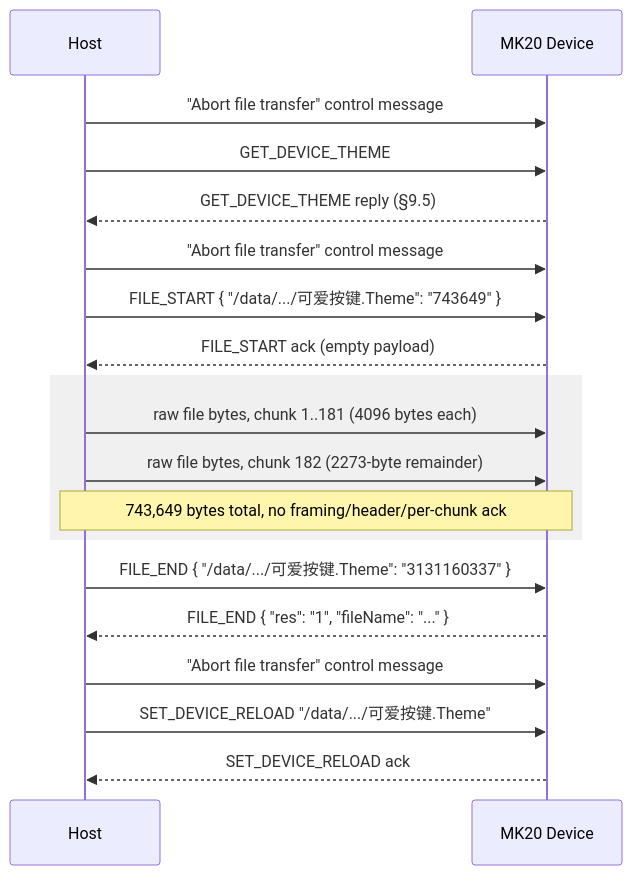
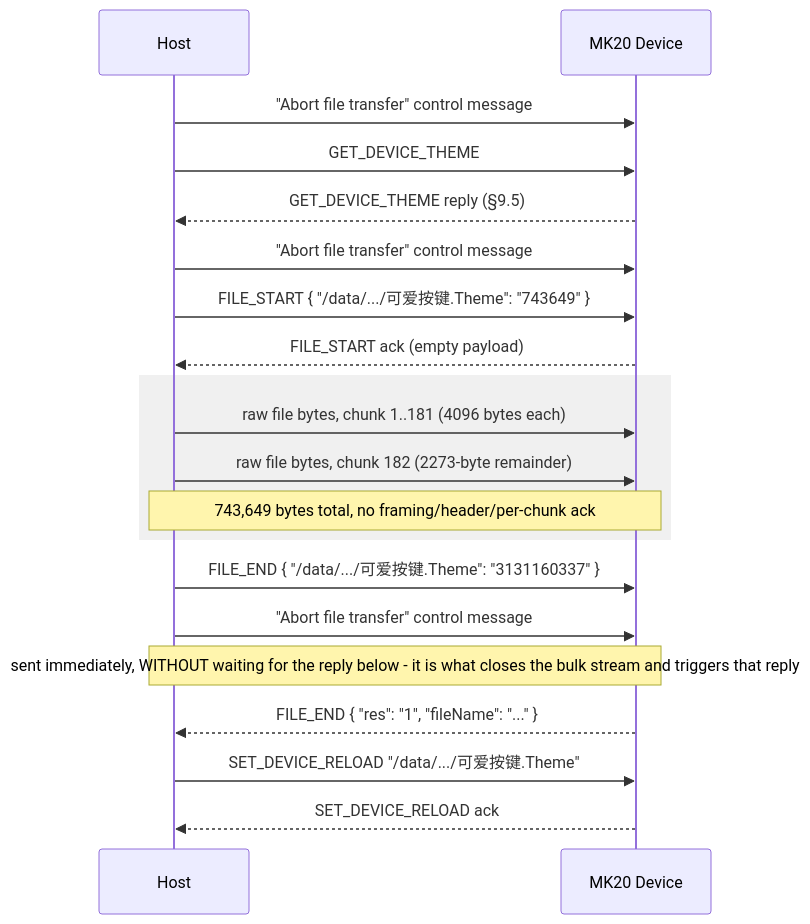
One commit to alexmuraru27/MK20Control changed the ninth of 9 diagrams in PROTOCOL_WAVESHARE_MK20.md. Above: the diagram before and after it, drawn with Mermaid. The commit also changed other lines of this file and 68 other files, not shown here.

````diff
--- a/PROTOCOL_WAVESHARE_MK20.md
+++ b/PROTOCOL_WAVESHARE_MK20.md
@@ -976,21 +1025,22 @@
 ```mermaid
 sequenceDiagram
     participant Host
     participant MK20 as MK20 Device
     Host->>MK20: "Abort file transfer" control message
     Host->>MK20: GET_DEVICE_THEME
     MK20-->>Host: GET_DEVICE_THEME reply (§9.5)
     Host->>MK20: "Abort file transfer" control message
     Host->>MK20: FILE_START { "/data/.../可爱按键.Theme": "743649" }
     MK20-->>Host: FILE_START ack (empty payload)
     rect rgb(240, 240, 240)
         Host->>MK20: raw file bytes, chunk 1..181 (4096 bytes each)
         Host->>MK20: raw file bytes, chunk 182 (2273-byte remainder)
         Note over Host,MK20: 743,649 bytes total, no framing/header/per-chunk ack
     end
     Host->>MK20: FILE_END { "/data/.../可爱按键.Theme": "3131160337" }
+    Host->>MK20: "Abort file transfer" control message
+    Note over Host,MK20: sent immediately, WITHOUT waiting for the reply below - it is what closes the bulk stream and triggers that reply
     MK20-->>Host: FILE_END { "res": "1", "fileName": "..." }
-    Host->>MK20: "Abort file transfer" control message
     Host->>MK20: SET_DEVICE_RELOAD "/data/.../可爱按键.Theme"
     MK20-->>Host: SET_DEVICE_RELOAD ack
 ```
````
